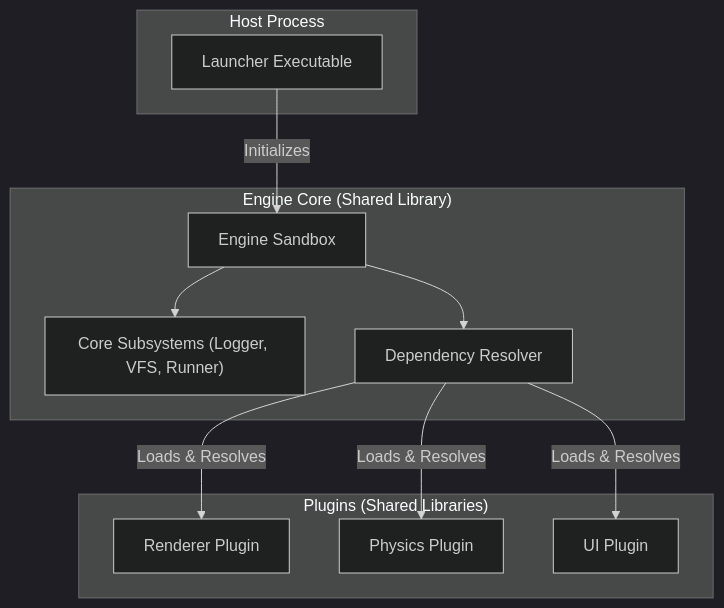
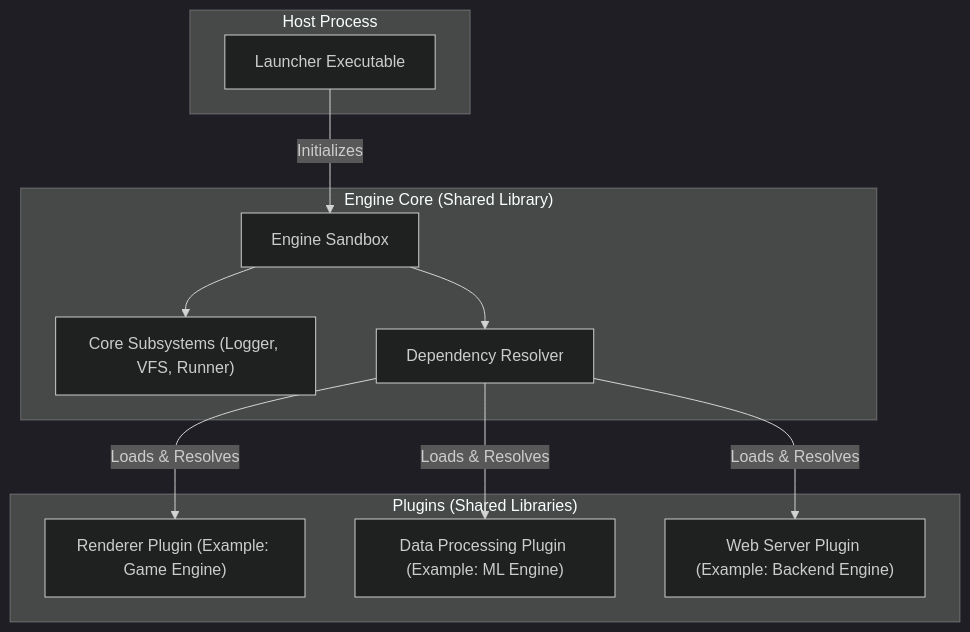
Before and after one commit to Jehudme/sandbox: the diagram in README.md, drawn with Mermaid (dark theme). The commit also changed other lines of this file and 1 other file, not shown here.

````diff
--- a/README.md
+++ b/README.md
@@ -88,26 +94,26 @@
 ```mermaid
 graph TD
     subgraph "Host Process"
-        LAUNCHER["Launcher Executable"]
+    LAUNCHER["Launcher Executable"]
     end
 
     subgraph "Engine Core (Shared Library)"
         ENGINE["Engine Sandbox"]
         SUBSYSTEMS["Core Subsystems (Logger, VFS, Runner)"]
         BOOTSTRAPPER["Dependency Resolver"]
         
         ENGINE --> SUBSYSTEMS
         ENGINE --> BOOTSTRAPPER
     end
 
     subgraph "Plugins (Shared Libraries)"
-        PLUGIN_A["Renderer Plugin"]
-        PLUGIN_B["Physics Plugin"]
-        PLUGIN_C["UI Plugin"]
+        PLUGIN_A["Renderer Plugin (Example: Game Engine)"]
+        PLUGIN_B["Data Processing Plugin (Example: ML Engine)"]
+        PLUGIN_C["Web Server Plugin (Example: Backend Engine)"]
     end
 
     LAUNCHER -->|Initializes| ENGINE
     BOOTSTRAPPER -->|Loads & Resolves| PLUGIN_A
     BOOTSTRAPPER -->|Loads & Resolves| PLUGIN_B
     BOOTSTRAPPER -->|Loads & Resolves| PLUGIN_C
 ```
````
